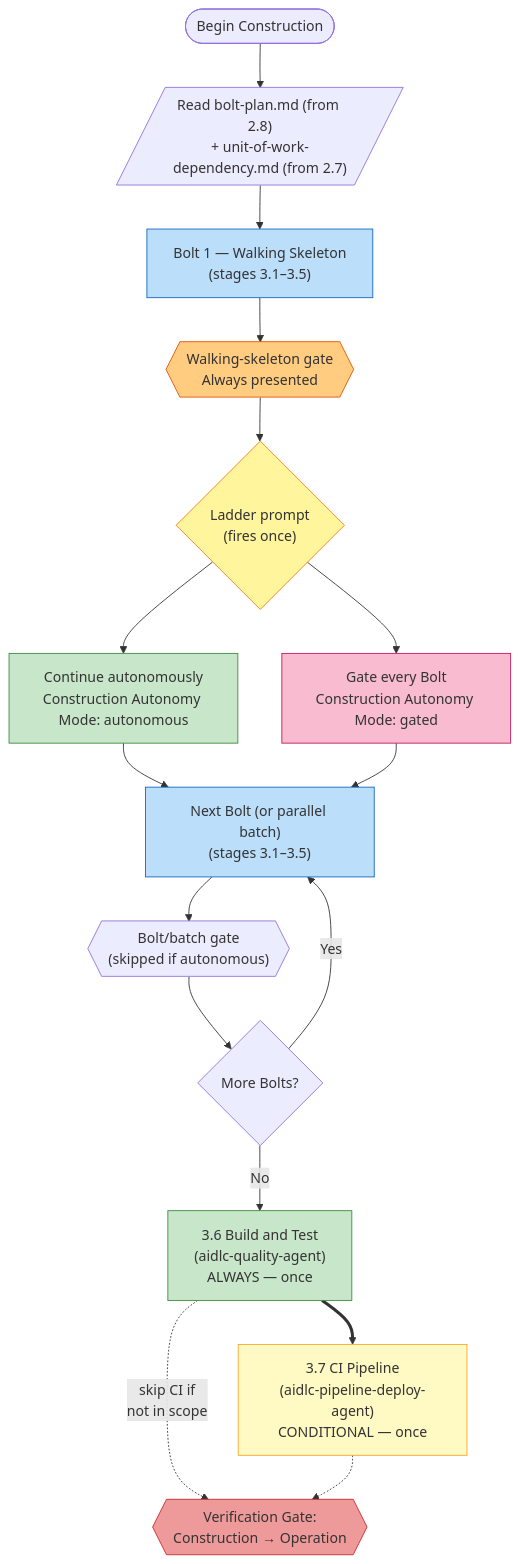
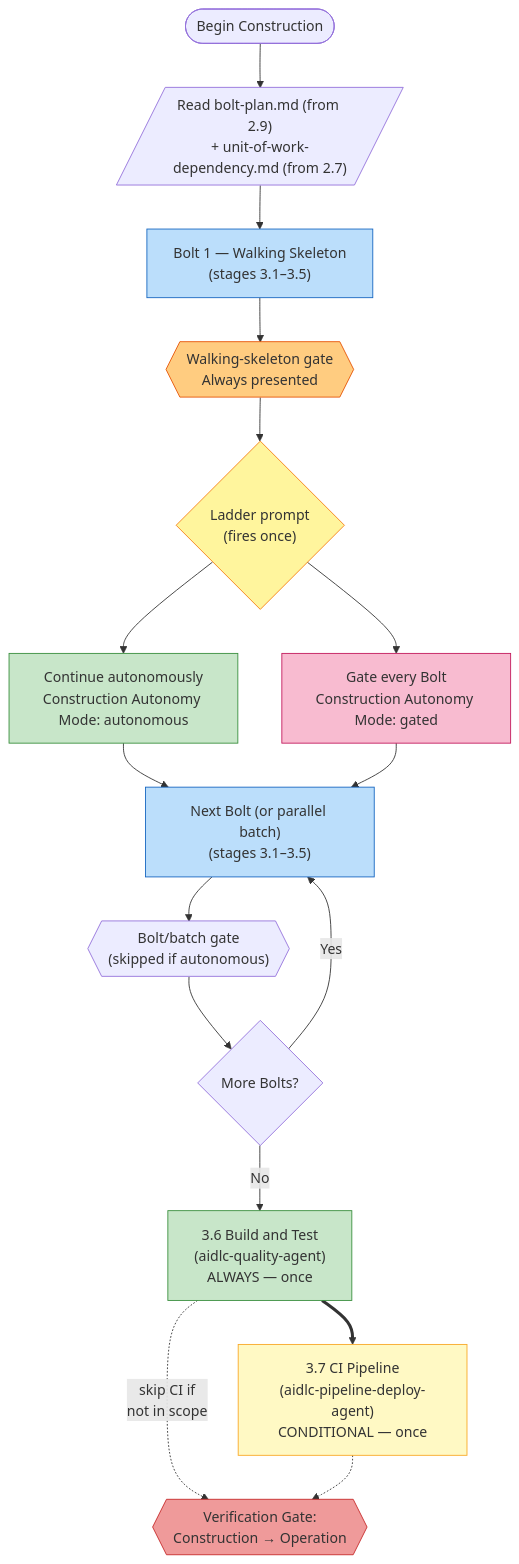
The fourth of 6 diagrams in docs/guide/04-phases-and-stages.md (SaRedfiche/aidlc-workflows), drawn with Mermaid before and after one commit. The commit also changed other lines of this file and 569 other files, not shown here.

````diff
--- a/docs/guide/04-phases-and-stages.md
+++ b/docs/guide/04-phases-and-stages.md
@@ -233,44 +238,44 @@
 ```mermaid
 flowchart TD
     START(["Begin Construction"])
-    READ[/"Read bolt-plan.md (from 2.8)\n+ unit-of-work-dependency.md (from 2.7)"/]
+    READ[/"Read bolt-plan.md (from 2.9)\n+ unit-of-work-dependency.md (from 2.7)"/]
 
     BOLT1["Bolt 1 — Walking Skeleton\n(stages 3.1–3.5)"]
     GATE1{{"Walking-skeleton gate\nAlways presented"}}
 
     LADDER{"Ladder prompt\n(fires once)"}
     MODE_AUTO["Continue autonomously\nConstruction Autonomy Mode: autonomous"]
     MODE_GATED["Gate every Bolt\nConstruction Autonomy Mode: gated"]
 
     NEXT_BATCH["Next Bolt (or parallel batch)\n(stages 3.1–3.5)"]
     GATE_N{{"Bolt/batch gate\n(skipped if autonomous)"}}
 
     MORE{"More Bolts?"}
 
     S36["3.6 Build and Test\n(aidlc-quality-agent)\nALWAYS — once"]
     S37["3.7 CI Pipeline\n(aidlc-pipeline-deploy-agent)\nCONDITIONAL — once"]
     VG3{{"Verification Gate:\nConstruction → Operation"}}
 
     START --> READ --> BOLT1 --> GATE1 --> LADDER
     LADDER --> MODE_AUTO
     LADDER --> MODE_GATED
     MODE_AUTO --> NEXT_BATCH
     MODE_GATED --> NEXT_BATCH
     NEXT_BATCH --> GATE_N
     GATE_N --> MORE
     MORE -->|"Yes"| NEXT_BATCH
     MORE -->|"No"| S36
     S36 ==> S37
     S36 -.->|"skip CI if\nnot in scope"| VG3
     S37 -.-> VG3
 
     style BOLT1 fill:#bbdefb,stroke:#1565c0
     style GATE1 fill:#ffcc80,stroke:#e65100
     style LADDER fill:#fff59d,stroke:#f57f17
     style MODE_AUTO fill:#c8e6c9,stroke:#388e3c
     style MODE_GATED fill:#f8bbd0,stroke:#c2185b
     style NEXT_BATCH fill:#bbdefb,stroke:#1565c0
     style S36 fill:#c8e6c9,stroke:#388e3c
     style S37 fill:#fff9c4,stroke:#f9a825
     style VG3 fill:#ef9a9a,stroke:#c62828
 ```
````
